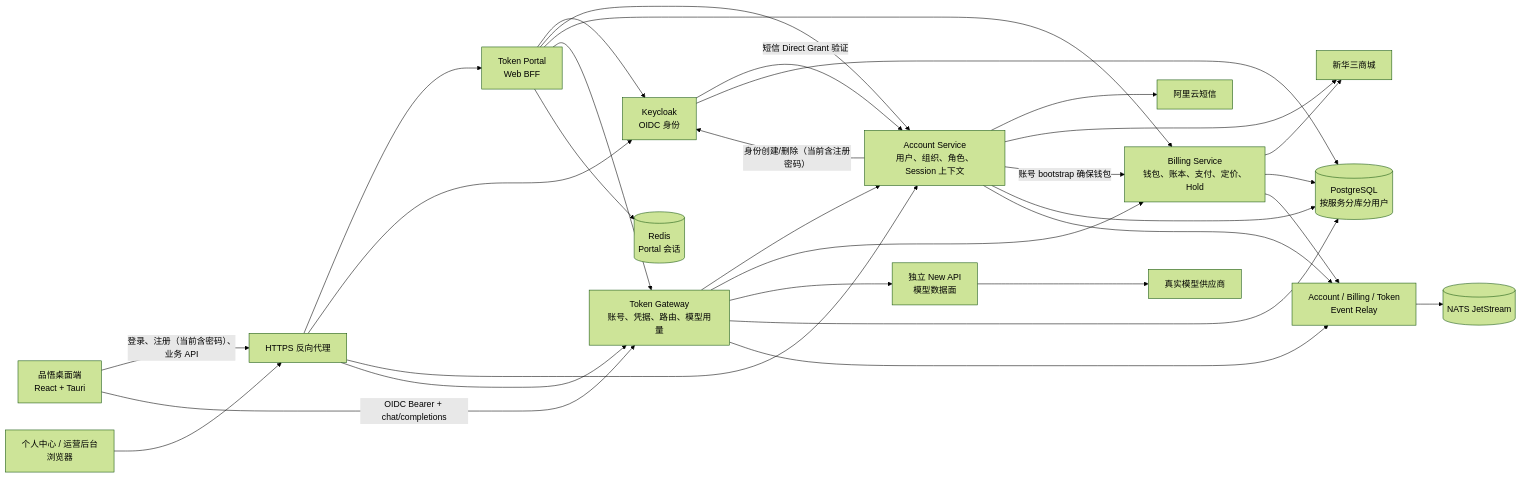
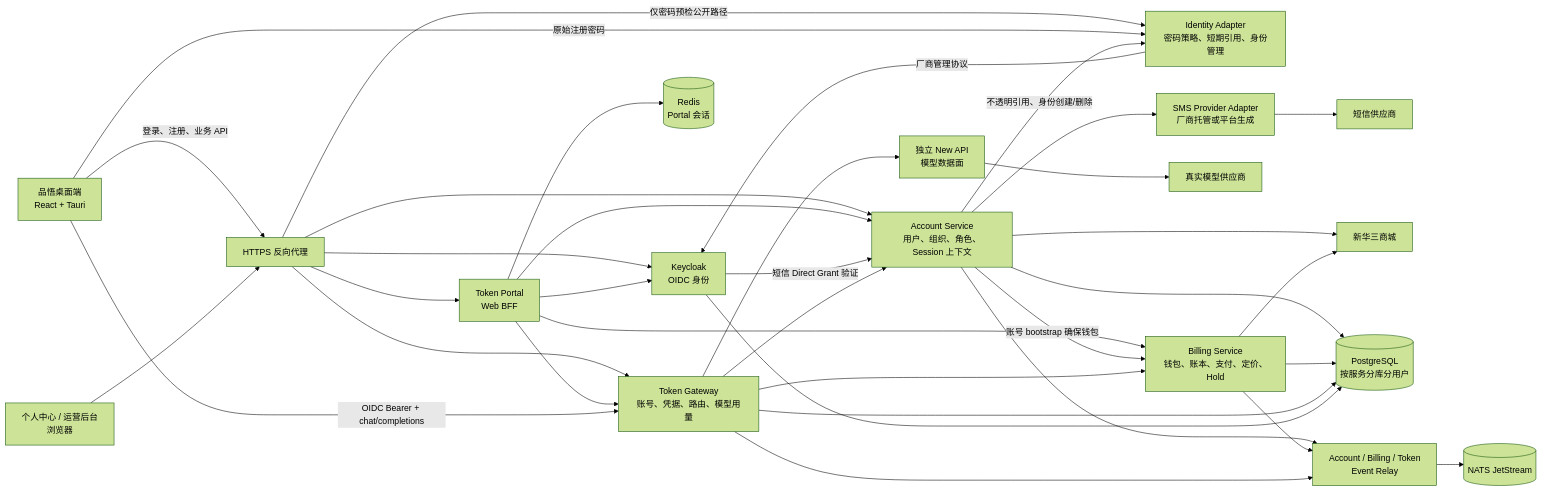
Before and after one commit to Pinvou/CodeWhale: the diagram in account-platform/docs/architecture.md, drawn with Mermaid (forest theme). The commit also changed other lines of this file and 44 other files, not shown here.

````diff
--- a/account-platform/docs/architecture.md
+++ b/account-platform/docs/architecture.md
@@ -29,50 +30,56 @@
 ```mermaid
 flowchart LR
     Desktop["品悟桌面端\nReact + Tauri"]
     Browser["个人中心 / 运营后台\n浏览器"]
     Proxy["HTTPS 反向代理"]
     Portal["Token Portal\nWeb BFF"]
     KC["Keycloak\nOIDC 身份"]
+    Identity["Identity Adapter\n密码策略、短期引用、身份管理"]
     Account["Account Service\n用户、组织、角色、Session 上下文"]
     Billing["Billing Service\n钱包、账本、支付、定价、Hold"]
     Gateway["Token Gateway\n账号、凭据、路由、模型用量"]
     NewAPI["独立 New API\n模型数据面"]
     Provider["真实模型供应商"]
-    Aliyun["阿里云短信"]
+    SMS["SMS Provider Adapter\n厂商托管或平台生成"]
+    Aliyun["短信供应商"]
     Mall["新华三商城"]
     PG[("PostgreSQL\n按服务分库分用户")]
     Redis[("Redis\nPortal 会话")]
     NATS[("NATS JetStream")]
     Relays["Account / Billing / Token\nEvent Relay"]
 
-    Desktop -->|"登录、注册（当前含密码）、业务 API"| Proxy
+    Desktop -->|"登录、注册、业务 API"| Proxy
     Browser --> Proxy
     Proxy --> Portal
     Proxy --> KC
+    Proxy -->|"仅密码预检公开路径"| Identity
     Proxy --> Account
     Proxy --> Gateway
     Portal --> KC
     Portal --> Account
     Portal --> Billing
     Portal --> Gateway
     Desktop -->|"OIDC Bearer + chat/completions"| Gateway
-    Account -->|"身份创建/删除（当前含注册密码）"| KC
+    Desktop -->|"原始注册密码"| Identity
+    Account -->|"不透明引用、身份创建/删除"| Identity
+    Identity -->|"厂商管理协议"| KC
     KC -->|"短信 Direct Grant 验证"| Account
-    Account --> Aliyun
+    Account --> SMS
+    SMS --> Aliyun
     Account --> Mall
     Account -->|"账号 bootstrap 确保钱包"| Billing
     Gateway --> Account
     Gateway --> Billing
     Gateway --> NewAPI
     NewAPI --> Provider
     Billing --> Mall
     Account --> PG
     Billing --> PG
     Gateway --> PG
     KC --> PG
     Portal --> Redis
     Account --> Relays
     Billing --> Relays
     Gateway --> Relays
     Relays --> NATS
 ```
````
